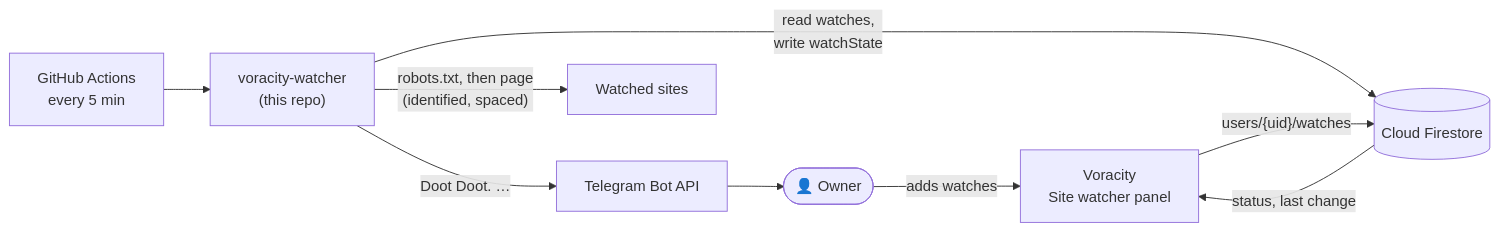
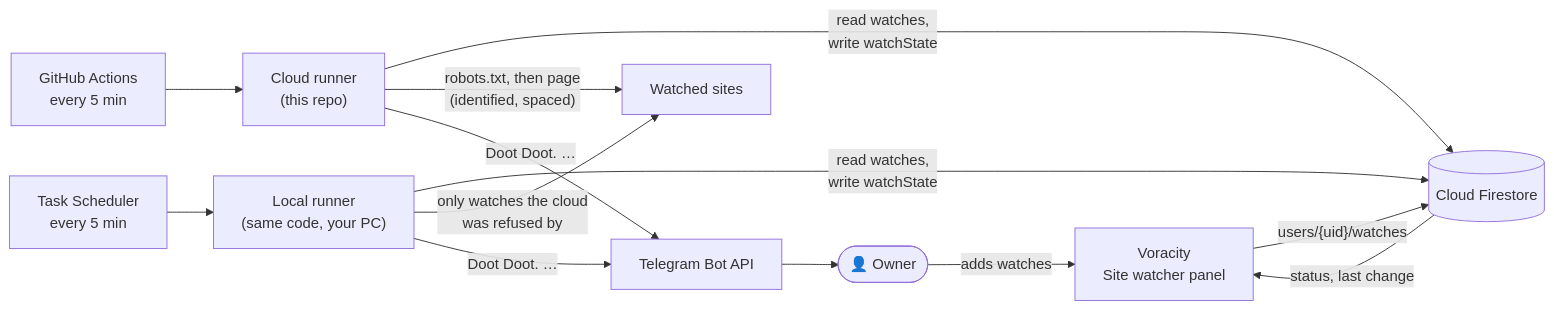
One commit to kevanwee/voracity-watcher changed the diagram in README.md. Above: the diagram before and after it, drawn with Mermaid. The commit also changed other lines of this file and 1 other file, not shown here.

Commit message:
Document the cloud-then-PC routing and local runner setup

````diff
--- a/README.md
+++ b/README.md
@@ -25,10 +25,12 @@
 ```mermaid
 flowchart LR
     owner(["👤 Owner"]) -->|adds watches| voracity["Voracity<br/>Site watcher panel"]
     voracity -->|"users/{uid}/watches"| fs[("Cloud Firestore")]
-    cron["GitHub Actions<br/>every 5 min"] --> runner["voracity-watcher<br/>(this repo)"]
-    runner -->|"read watches,<br/>write watchState"| fs
+    cron["GitHub Actions<br/>every 5 min"] --> runner["Cloud runner<br/>(this repo)"]
+    task["Task Scheduler<br/>every 5 min"] --> local["Local runner<br/>(same code, your PC)"]
+    runner & local -->|"read watches,<br/>write watchState"| fs
     runner -->|"robots.txt, then page<br/>(identified, spaced)"| sites["Watched sites"]
-    runner -->|"Doot Doot. …"| tg["Telegram Bot API"] --> owner
+    local -->|"only watches the cloud<br/>was refused by"| sites
+    runner & local -->|"Doot Doot. …"| tg["Telegram Bot API"] --> owner
     fs -->|status, last change| voracity
 ```
````
